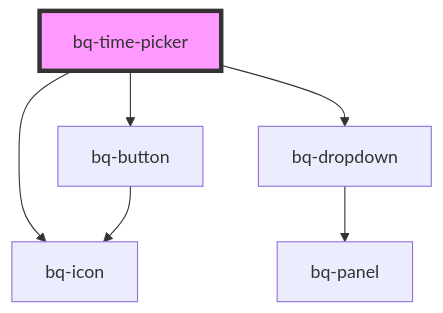
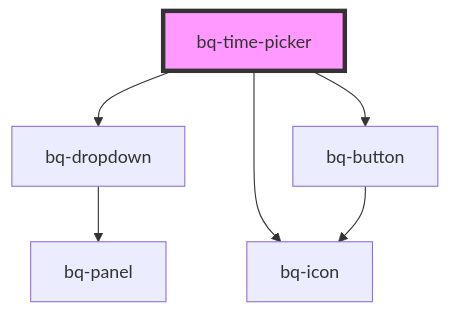
One commit to Endava/BEEQ changed the diagram in packages/beeq/src/components/time-picker/readme.md. Above: the diagram before and after it, drawn with Mermaid. The commit also changed other lines of this file, not shown here.

Commit message:
chore(TimePicker): regenerate readme after the functional components refactor

````diff
--- a/packages/beeq/src/components/time-picker/readme.md
+++ b/packages/beeq/src/components/time-picker/readme.md
@@ -117,9 +117,9 @@
 ```mermaid
 graph TD;
-  bq-time-picker --> bq-button
   bq-time-picker --> bq-dropdown
   bq-time-picker --> bq-icon
+  bq-time-picker --> bq-button
+  bq-dropdown --> bq-panel
   bq-button --> bq-icon
-  bq-dropdown --> bq-panel
   style bq-time-picker fill:#f9f,stroke:#333,stroke-width:4px
 ```
````
